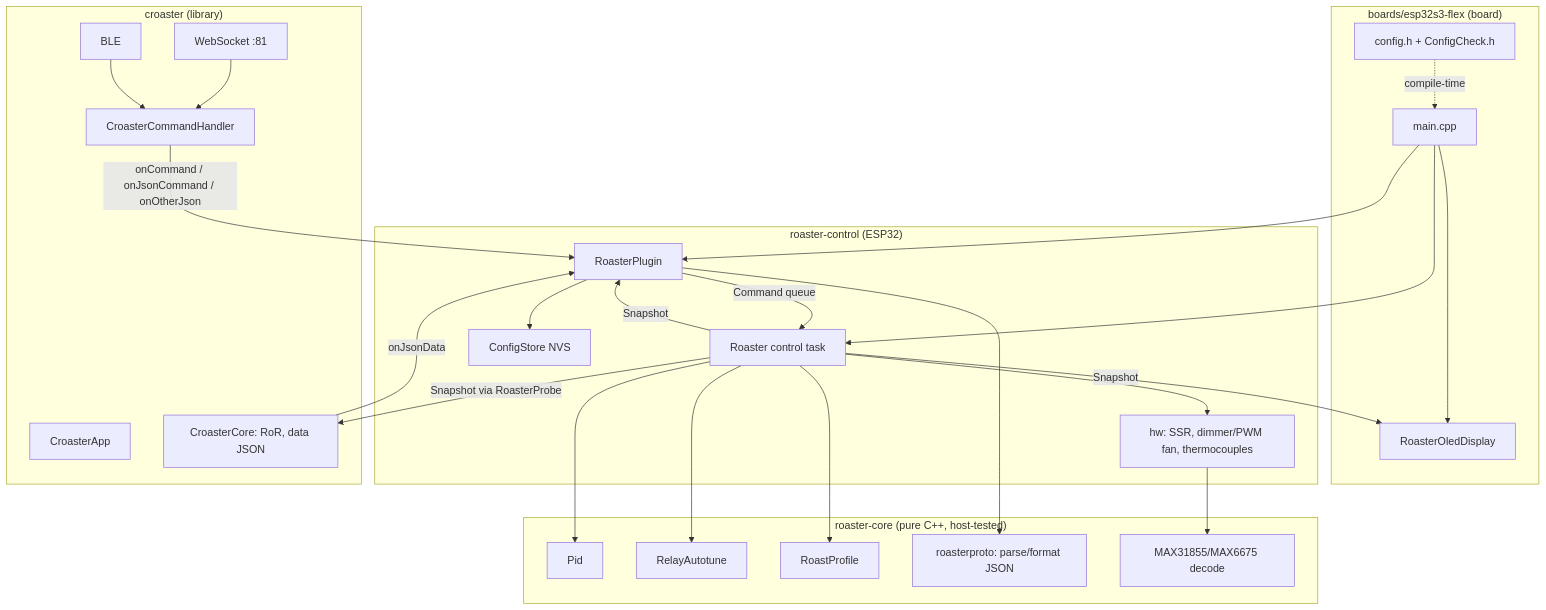
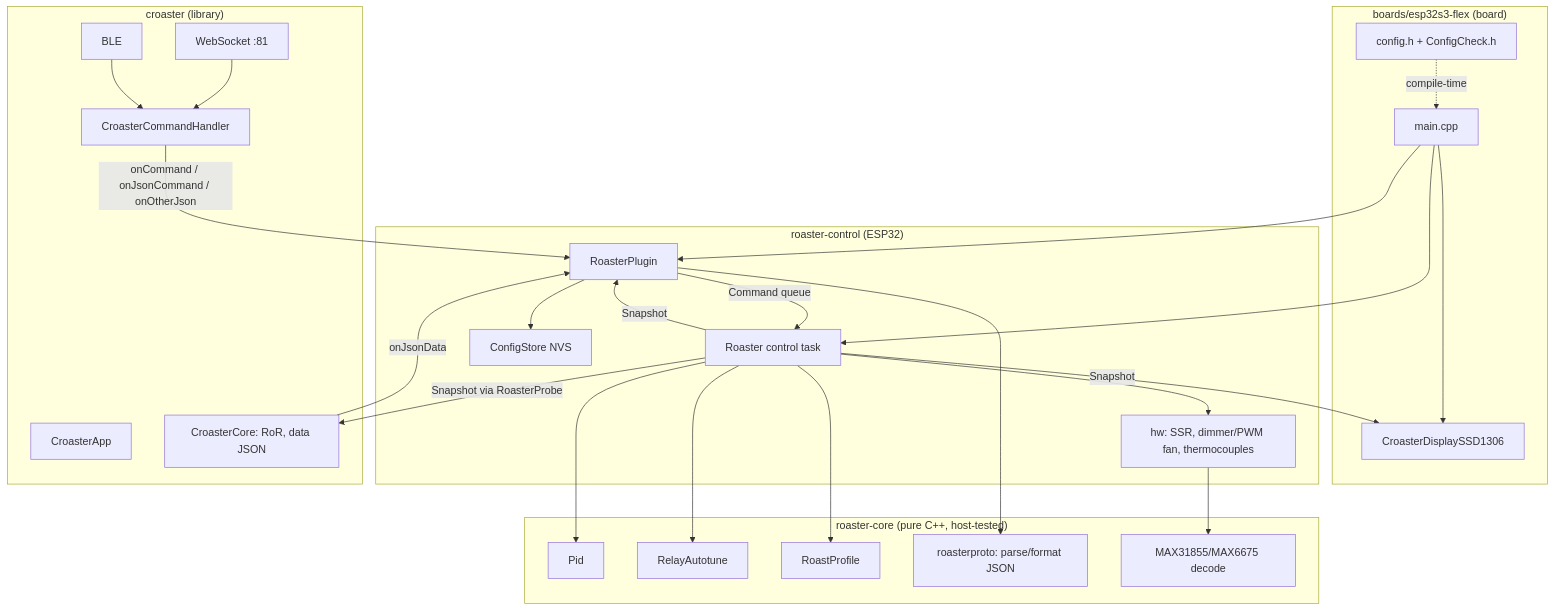
One commit to shawns1234/Croaster changed the diagram in docs/architecture.md. Above: the diagram before and after it, drawn with Mermaid. The commit also changed 15 other files, not shown here.

First line of the commit message:
flex: use Croaster's shared SSD1306 display with a header-text hook

````diff
--- a/docs/architecture.md
+++ b/docs/architecture.md
@@ -59,40 +59,40 @@
 ```mermaid
 flowchart TB
     subgraph board["boards/esp32s3-flex (board)"]
         CFG[config.h + ConfigCheck.h]
         MAIN[main.cpp]
-        OLED[RoasterOledDisplay]
+        OLED[CroasterDisplaySSD1306]
     end
     subgraph rc["roaster-control (ESP32)"]
         PLUG[RoasterPlugin]
         R[Roaster control task]
         HW[hw: SSR, dimmer/PWM fan, thermocouples]
         NVS[ConfigStore NVS]
     end
     subgraph core["roaster-core (pure C++, host-tested)"]
         PID[Pid]
         AT[RelayAutotune]
         PROF[RoastProfile]
         PROTO[roasterproto: parse/format JSON]
         DEC[MAX31855/MAX6675 decode]
     end
     subgraph cl["croaster (library)"]
         APP[CroasterApp]
         CMD[CroasterCommandHandler]
         CORE[CroasterCore: RoR, data JSON]
         WS[WebSocket :81]
         BLE[BLE]
     end
     MAIN --> PLUG & R & OLED
     CFG -.compile-time.-> MAIN
     WS & BLE --> CMD
     CMD -- onCommand / onJsonCommand / onOtherJson --> PLUG
     PLUG --> PROTO
     PLUG -- Command queue --> R
     R --> PID & AT & PROF & HW
     HW --> DEC
     R -- Snapshot --> PLUG & OLED
     R -- Snapshot via RoasterProbe --> CORE
     CORE -- onJsonData --> PLUG
     PLUG --> NVS
 ```
````
